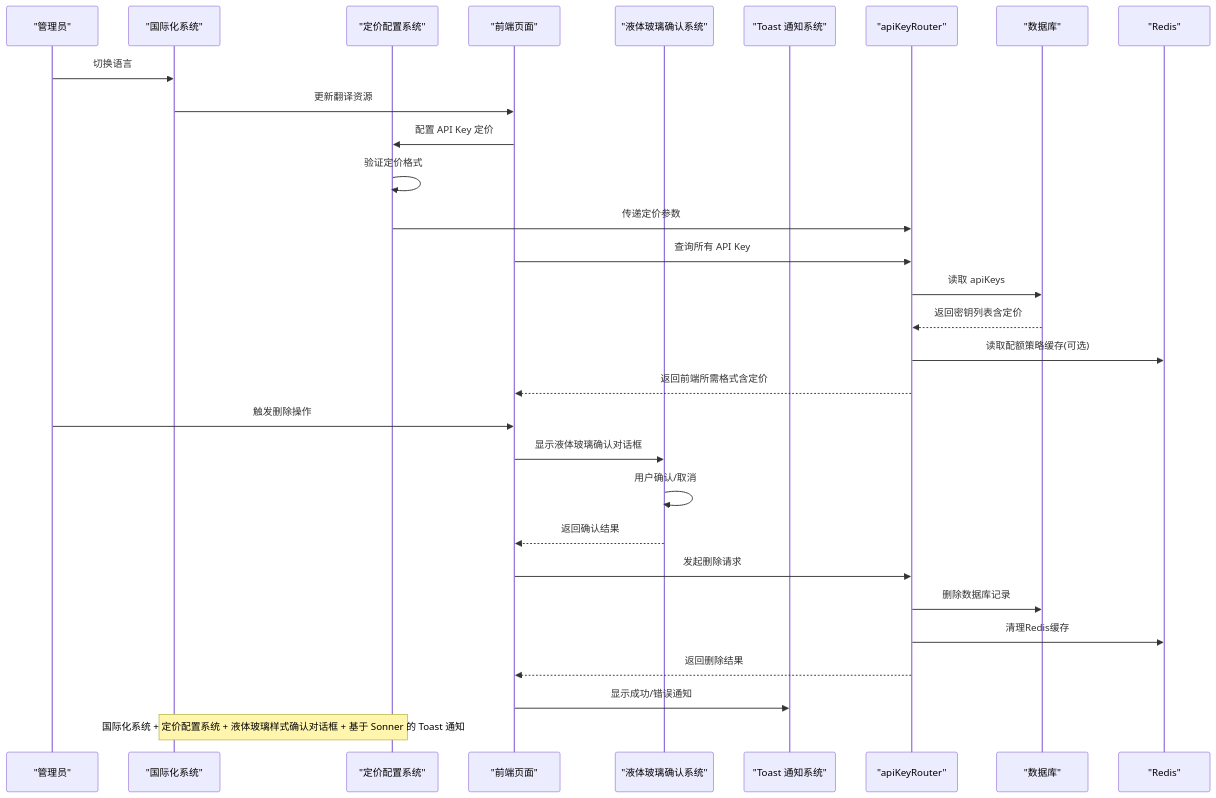
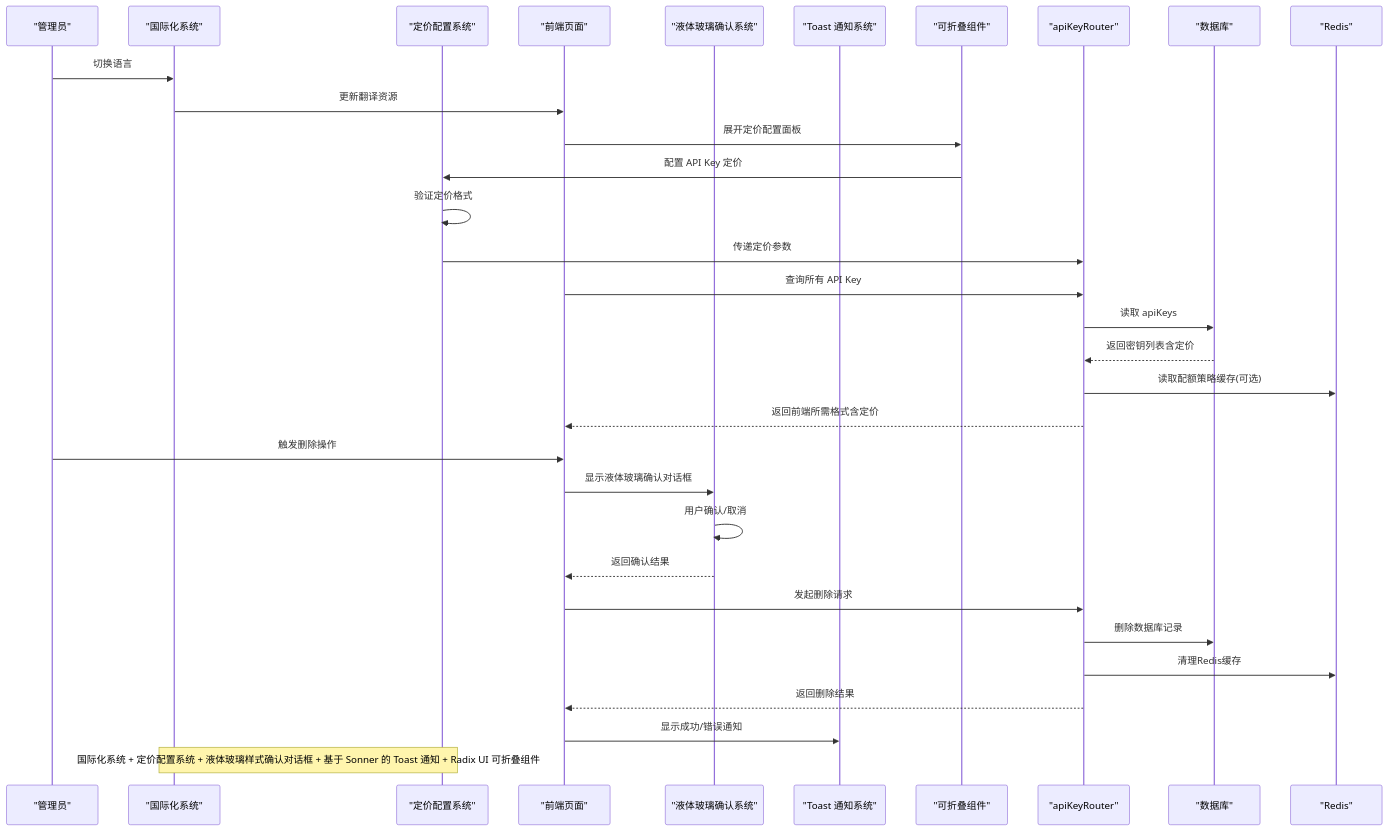
The second of 10 diagrams in .qoder/repowiki/zh/content/核心功能/API Key 管理.md (RadiumAg/AIGate), drawn with Mermaid before and after one commit. The commit also changed other lines of this file and 8 other files, not shown here.

````diff
--- a/.qoder/repowiki/zh/content/核心功能/API Key 管理.md
+++ b/.qoder/repowiki/zh/content/核心功能/API Key 管理.md
@@ -157,32 +166,34 @@
 ```mermaid
 sequenceDiagram
 participant Admin as "管理员"
 participant I18n as "国际化系统"
 participant Pricing as "定价配置系统"
 participant UI as "前端页面"
 participant Confirm as "液体玻璃确认系统"
 participant Toast as "Toast 通知系统"
+participant Collapsible as "可折叠组件"
 participant API as "apiKeyRouter"
 participant DB as "数据库"
 participant Cache as "Redis"
 Admin->>I18n : 切换语言
 I18n->>UI : 更新翻译资源
-UI->>Pricing : 配置 API Key 定价
+UI->>Collapsible : 展开定价配置面板
+Collapsible->>Pricing : 配置 API Key 定价
 Pricing->>Pricing : 验证定价格式
 Pricing->>API : 传递定价参数
 UI->>API : 查询所有 API Key
 API->>DB : 读取 apiKeys
 DB-->>API : 返回密钥列表含定价
 API->>Cache : 读取配额策略缓存(可选)
 API-->>UI : 返回前端所需格式含定价
 Admin->>UI : 触发删除操作
 UI->>Confirm : 显示液体玻璃确认对话框
 Confirm->>Confirm : 用户确认/取消
 Confirm-->>UI : 返回确认结果
 UI->>API : 发起删除请求
 API->>DB : 删除数据库记录
 API->>Cache : 清理Redis缓存
 API-->>UI : 返回删除结果
 UI->>Toast : 显示成功/错误通知
-Note over I18n,Pricing : 国际化系统 + 定价配置系统 + 液体玻璃样式确认对话框 + 基于 Sonner 的 Toast 通知
+Note over I18n,Pricing : 国际化系统 + 定价配置系统 + 液体玻璃样式确认对话框 + 基于 Sonner 的 Toast 通知 + Radix UI 可折叠组件
 ```
````
